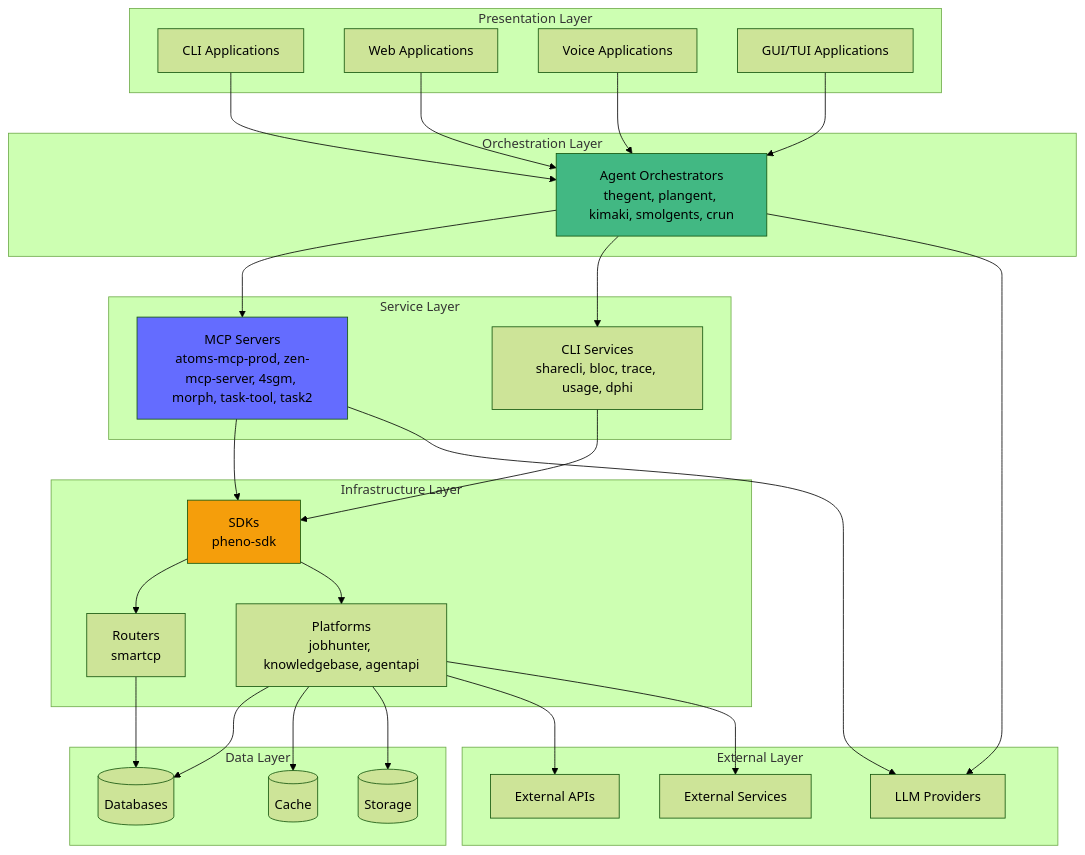
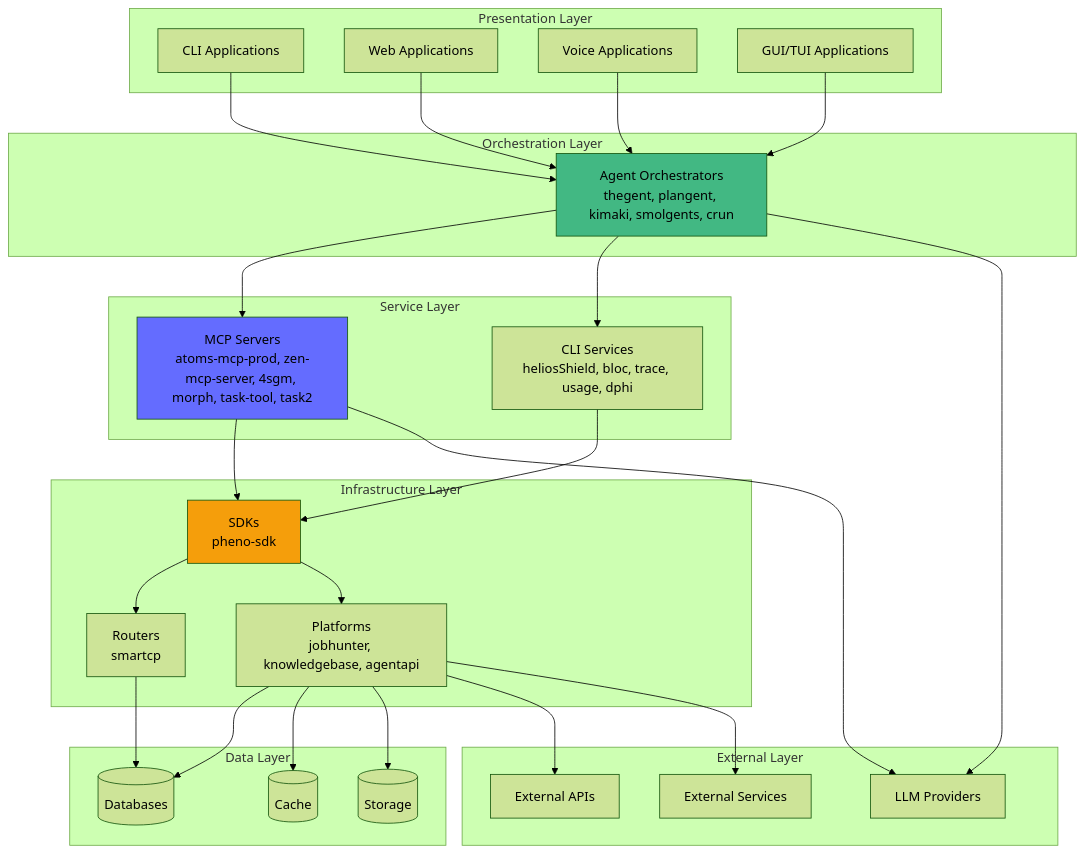
Before and after one commit to KooshaPari/thegent: the second of 11 diagrams in docs/research/KUSH_ECOSYSTEM_ARCHITECTURE_DIAGRAM.md, drawn with Mermaid (forest theme). The commit also changed other lines of this file and 5855 other files, not shown here.

````diff
--- a/docs/research/KUSH_ECOSYSTEM_ARCHITECTURE_DIAGRAM.md
+++ b/docs/research/KUSH_ECOSYSTEM_ARCHITECTURE_DIAGRAM.md
@@ -135,64 +135,64 @@
 ```mermaid
 graph TB
     subgraph "Presentation Layer"
         CLI_APPS[CLI Applications]
         WEB_APPS[Web Applications]
         VOICE_APPS[Voice Applications]
         GUI_APPS[GUI/TUI Applications]
     end
 
     subgraph "Orchestration Layer"
         AGENT_ORCH[Agent Orchestrators<br/>thegent, plangent, kimaki, smolgents, crun]
     end
 
     subgraph "Service Layer"
         MCP_SERVERS[MCP Servers<br/>atoms-mcp-prod, zen-mcp-server, 4sgm, morph, task-tool, task2]
-        CLI_SERVICES[CLI Services<br/>sharecli, bloc, trace, usage, dphi]
+        CLI_SERVICES[CLI Services<br/>heliosShield, bloc, trace, usage, dphi]
     end
 
     subgraph "Infrastructure Layer"
         SDK[SDKs<br/>pheno-sdk]
         ROUTERS[Routers<br/>smartcp]
         PLATFORMS[Platforms<br/>jobhunter, knowledgebase, agentapi]
     end
 
     subgraph "Data Layer"
         DATABASES[(Databases)]
         CACHE[(Cache)]
         STORAGE[(Storage)]
     end
 
     subgraph "External Layer"
         LLMS[LLM Providers]
         APIS[External APIs]
         SERVICES[External Services]
     end
 
     CLI_APPS --> AGENT_ORCH
     WEB_APPS --> AGENT_ORCH
     VOICE_APPS --> AGENT_ORCH
     GUI_APPS --> AGENT_ORCH
 
     AGENT_ORCH --> MCP_SERVERS
     AGENT_ORCH --> CLI_SERVICES
 
     MCP_SERVERS --> SDK
     CLI_SERVICES --> SDK
 
     SDK --> ROUTERS
     SDK --> PLATFORMS
 
     ROUTERS --> DATABASES
     PLATFORMS --> DATABASES
     PLATFORMS --> CACHE
     PLATFORMS --> STORAGE
 
     MCP_SERVERS --> LLMS
     AGENT_ORCH --> LLMS
     PLATFORMS --> APIS
     PLATFORMS --> SERVICES
 
     style AGENT_ORCH fill:#42b883
     style MCP_SERVERS fill:#646cff
     style SDK fill:#f59e0b
 ```
````
